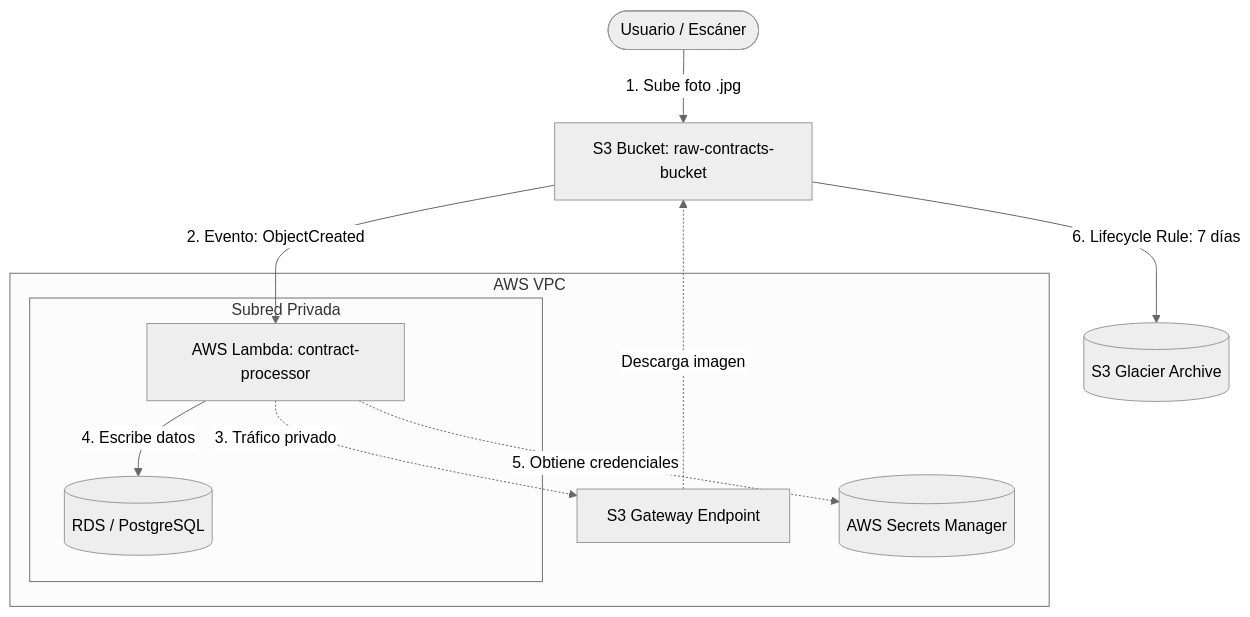
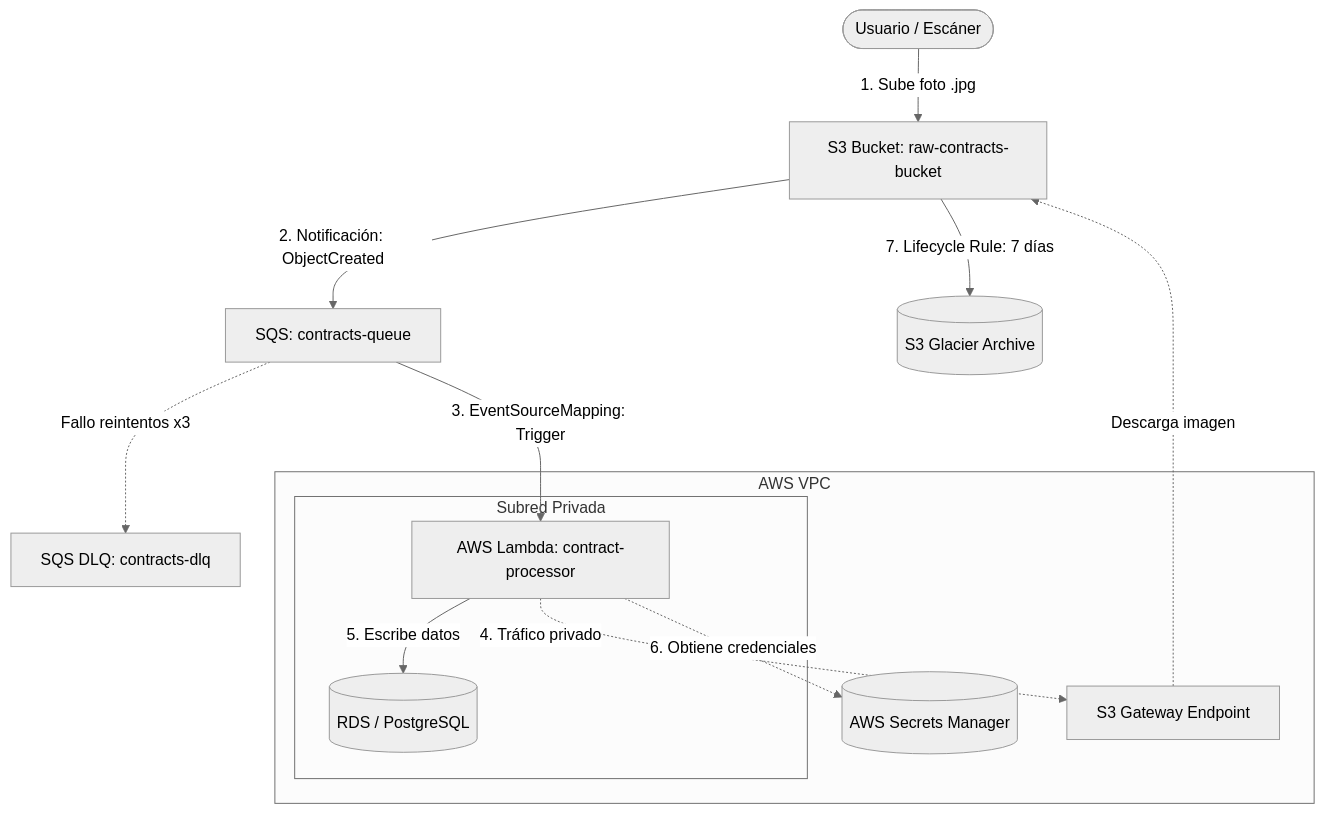
One commit to felincre/proyecto-final changed the diagram in docs/architecture.md. Above: the diagram before and after it, drawn with Mermaid (neutral theme). The commit also changed other lines of this file and 6 other files, not shown here.

Commit message:
feat: implementar arquitectura desacoplada con cola SQS, DLQ y pruebas locales

````diff
--- a/docs/architecture.md
+++ b/docs/architecture.md
@@ -5,18 +5,20 @@
 ```mermaid
 graph TD
     User([Usuario / Escáner]) -->|1. Sube foto .jpg| S3Raw[S3 Bucket: raw-contracts-bucket]
-    S3Raw -->|2. Evento: ObjectCreated| Lambda[AWS Lambda: contract-processor]
+    S3Raw -->|2. Notificación: ObjectCreated| SQS[SQS: contracts-queue]
+    SQS -.->|Fallo reintentos x3| DLQ[SQS DLQ: contracts-dlq]
+    SQS -->|3. EventSourceMapping: Trigger| Lambda[AWS Lambda: contract-processor]
     
     subgraph VPC [AWS VPC]
         subgraph SubnetPrivada [Subred Privada]
             Lambda
             RDS[(RDS / PostgreSQL)]
         end
-        Lambda -->|4. Escribe datos| RDS
-        Lambda -.->|3. Tráfico privado| S3Endpoint[S3 Gateway Endpoint]
-        Lambda -.->|5. Obtiene credenciales| SecretsMgr[(AWS Secrets Manager)]
+        Lambda -->|5. Escribe datos| RDS
+        Lambda -.->|4. Tráfico privado| S3Endpoint[S3 Gateway Endpoint]
+        Lambda -.->|6. Obtiene credenciales| SecretsMgr[(AWS Secrets Manager)]
     end
     
     S3Endpoint -.->|Descarga imagen| S3Raw
-    S3Raw -->|6. Lifecycle Rule: 7 días| Glacier[(S3 Glacier Archive)]
+    S3Raw -->|7. Lifecycle Rule: 7 días| Glacier[(S3 Glacier Archive)]
 ```
````
